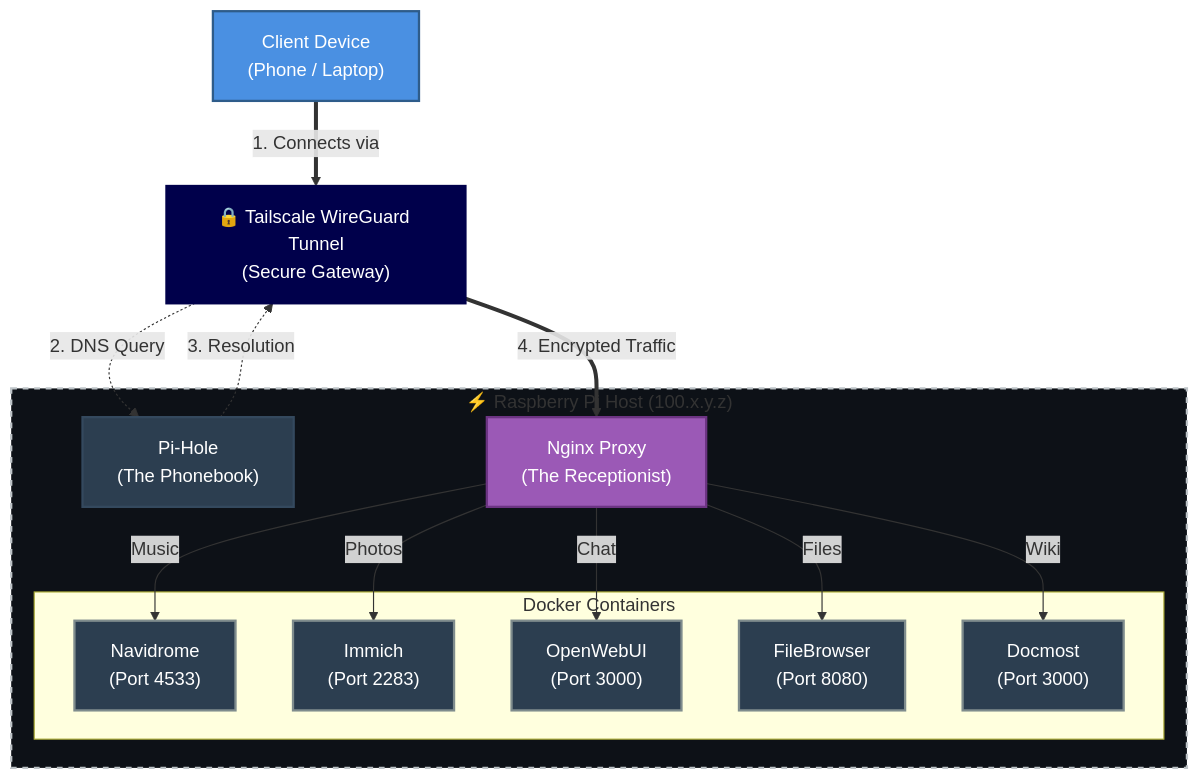
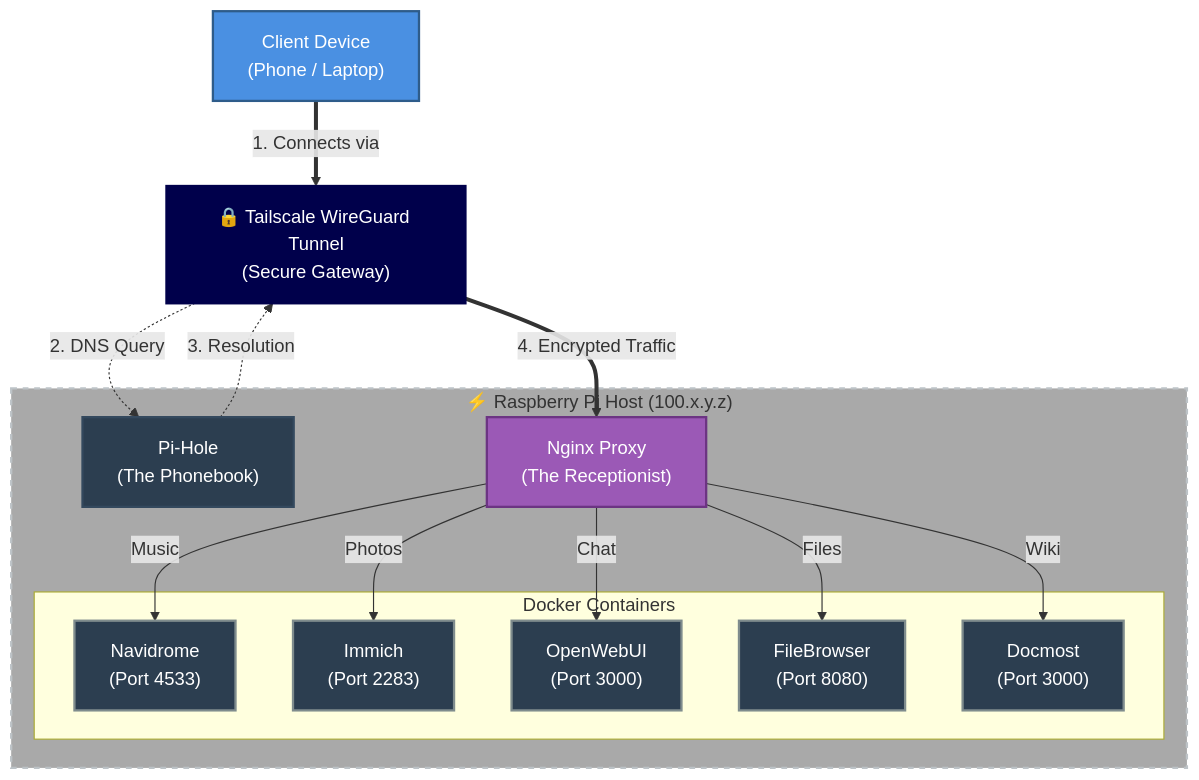
Before and after one commit to spaceadler/homelab: the diagram in README.md, drawn with Mermaid.

````diff
--- a/README.md
+++ b/README.md
@@ -55,65 +55,65 @@
 ```mermaid
 graph TD
 %% --- STYLING DEFINITIONS ---
     
     %% CLIENT (The User Device) -> Currently Bright Blue
     %% fill: Background Color | stroke: Border Color | color: Text Color
     classDef client fill:#4A90E2,stroke:#2E5C8A,stroke-width:2px,color:#fff;
 
     %% DNS (Pi-Hole) -> Currently Dark Navy/Grey
     classDef dns fill:#2C3E50,stroke:#34495E,stroke-width:2px,color:#fff;
 
     %% PROXY (Nginx) -> Currently Purple
     classDef proxy fill:#9B59B6,stroke:#6C3483,stroke-width:2px,color:#fff;
 
     %% SERVICES (The Containers) -> Currently Light Grey/White
     classDef service fill:#2C3E50,stroke:#7F8C8D,stroke-width:2px,color:#fff;
 
     %% VPN (The Tailscale Box) -> Currently Deep Midnight Blue
     classDef vpn fill:#00004B,stroke:#00004B,stroke-width:2px,color:#fff; 
 
     %% HOST (The Raspberry Pi Box) -> Currently White with Dashed Border
-    classDef host fill:#0D1117,stroke:#BDC3C7,stroke-width:2px,stroke-dasharray: 5 5;
+    classDef host fill:#A9A9A9,stroke:#BDC3C7,stroke-width:2px,stroke-dasharray: 5 5;
 
     %% NODES
     User["Client Device<br/>(Phone / Laptop)"]:::client
     
     %% THE VPN TUNNEL (The Box the phone goes through)
     VPN["🔒 Tailscale WireGuard Tunnel<br/>(Secure Gateway)"]:::vpn
 
     subgraph Host [" ⚡ Raspberry Pi Host (100.x.y.z) "]
         
         PiHole["Pi-Hole<br/>(The Phonebook)"]:::dns
         Nginx["Nginx Proxy<br/>(The Receptionist)"]:::proxy
         
         subgraph Containers [" Docker Containers "]
             Music["Navidrome<br/>(Port 4533)"]:::service
             Immich["Immich<br/>(Port 2283)"]:::service
             AI["OpenWebUI<br/>(Port 3000)"]:::service
             Files["FileBrowser<br/>(Port 8080)"]:::service
             Docs["Docmost<br/>(Port 3000)"]:::service
         end
     end
 
     %% LOGIC FLOW
     
     %% Step 1: The Secure Connection
     User ==>|"1. Connects via"| VPN
 
     %% Step 2: DNS (Through the Tunnel)
     VPN -.->|"2. DNS Query"| PiHole
     PiHole -.->|"3. Resolution"| VPN
 
     %% Step 3: Traffic (Through the Tunnel to Nginx)
     VPN ==>|"4. Encrypted Traffic"| Nginx
 
     %% Step 4: Internal Routing
     Nginx -->|"Music"| Music
     Nginx -->|"Photos"| Immich
     Nginx -->|"Chat"| AI
     Nginx -->|"Files"| Files
     Nginx -->|"Wiki"| Docs
 
     %% Style the Host box
     class Host host;
 ```
````
